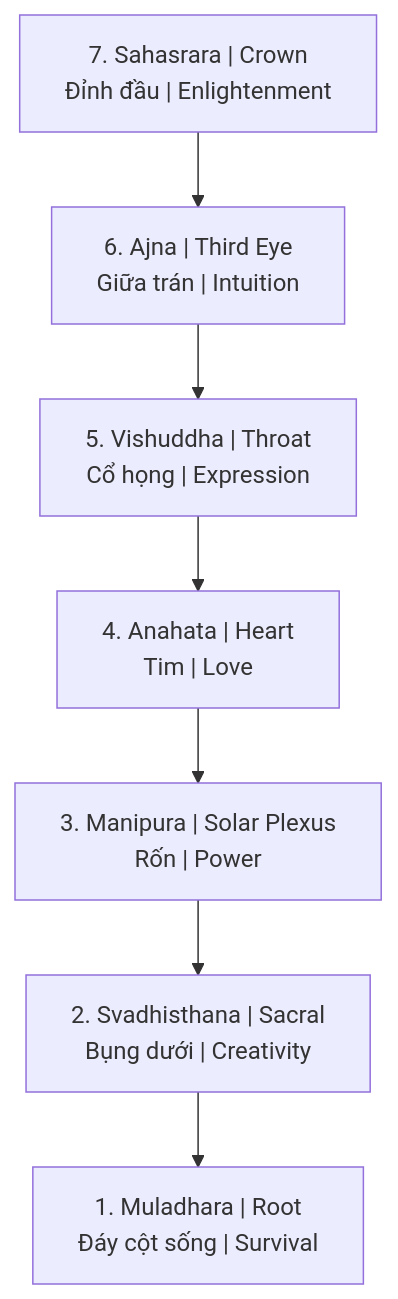
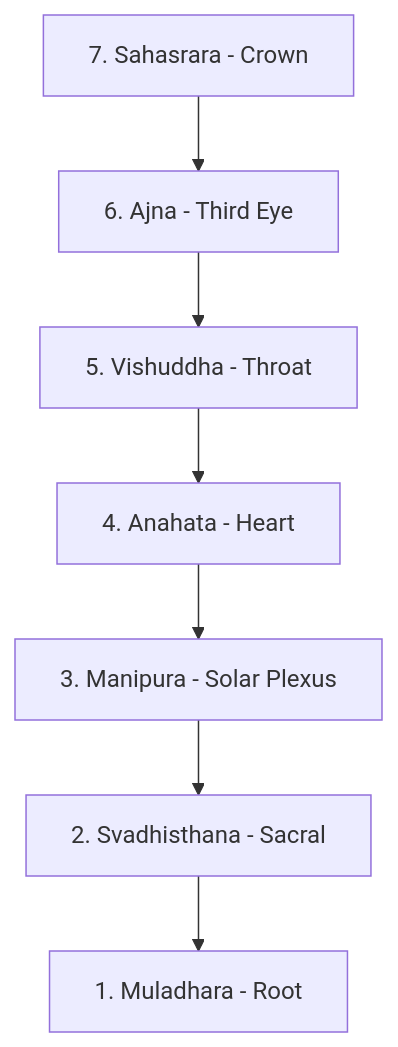
The first of 3 diagrams in esoterica/Chakra.md (dyukahi/knowledge), drawn with Mermaid before and after one commit. The commit also changed other lines of this file, not shown here.

Commit message:
Fix Chakra Mermaid: remove br tags causing render errors

````diff
--- a/esoterica/Chakra.md
+++ b/esoterica/Chakra.md
@@ -18,12 +18,12 @@
 ```mermaid
 flowchart TB
-    C7["7. Sahasrara | Crown<br/>Đỉnh đầu | Enlightenment"]
-    C6["6. Ajna | Third Eye<br/>Giữa trán | Intuition"]
-    C5["5. Vishuddha | Throat<br/>Cổ họng | Expression"]
-    C4["4. Anahata | Heart<br/>Tim | Love"]
-    C3["3. Manipura | Solar Plexus<br/>Rốn | Power"]
-    C2["2. Svadhisthana | Sacral<br/>Bụng dưới | Creativity"]
-    C1["1. Muladhara | Root<br/>Đáy cột sống | Survival"]
+    C7["7. Sahasrara - Crown"]
+    C6["6. Ajna - Third Eye"]
+    C5["5. Vishuddha - Throat"]
+    C4["4. Anahata - Heart"]
+    C3["3. Manipura - Solar Plexus"]
+    C2["2. Svadhisthana - Sacral"]
+    C1["1. Muladhara - Root"]
     
     C7 --> C6 --> C5 --> C4 --> C3 --> C2 --> C1
 ```
````
